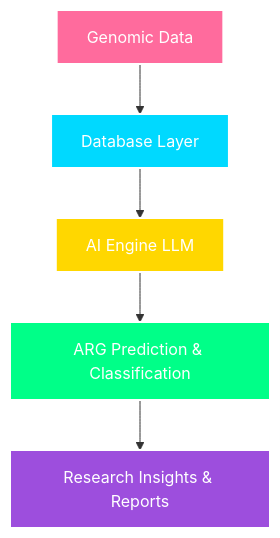
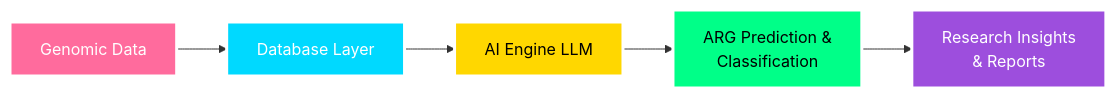
The first of 2 diagrams in profile/README.md (Genomic-AI-Research-Lab-GARL/.github), drawn with Mermaid before and after one commit.

Commit message:
Update Mermaid diagram flow and styles

````diff
--- a/profile/README.md
+++ b/profile/README.md
@@ -22,12 +22,13 @@
 ```mermaid
-graph TD
+flowchart LR
     A[Genomic Data] --> B[Database Layer]
     B --> C[AI Engine LLM]
-    C --> D[ARG Prediction & Classification]
-    D --> E[Research Insights & Reports]
-    style A fill:#FF6B9D,stroke:#fff,stroke-width:2px,color:#fff
-    style B fill:#00D9FF,stroke:#fff,stroke-width:2px,color:#fff
-    style C fill:#FFD700,stroke:#fff,stroke-width:2px,color:#fff
-    style D fill:#00FF88,stroke:#fff,stroke-width:2px,color:#fff
-    style E fill:#9D4EDD,stroke:#fff,stroke-width:2px,color:#fff
+    C --> D[ARG Prediction &<br/>Classification]
+    D --> E[Research Insights<br/>& Reports]
+    
+    style A fill:#FF6B9D,stroke:#fff,stroke-width:3px,color:#fff
+    style B fill:#00D9FF,stroke:#fff,stroke-width:3px,color:#fff
+    style C fill:#FFD700,stroke:#fff,stroke-width:3px,color:#000
+    style D fill:#00FF88,stroke:#fff,stroke-width:3px,color:#000
+    style E fill:#9D4EDD,stroke:#fff,stroke-width:3px,color:#fff
 ```
````
